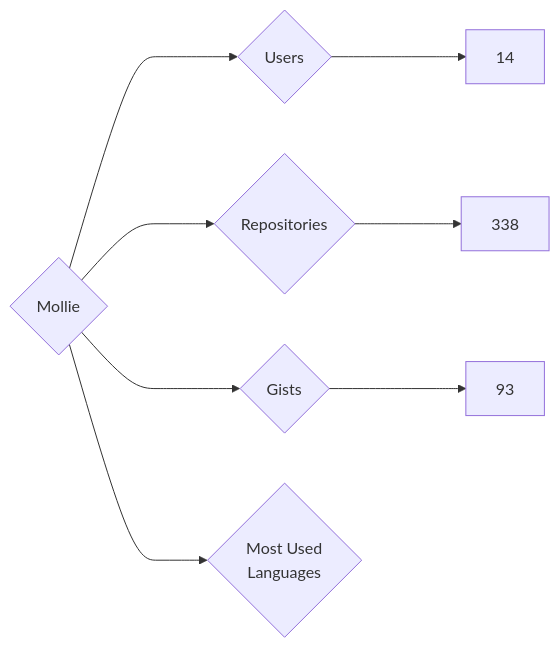
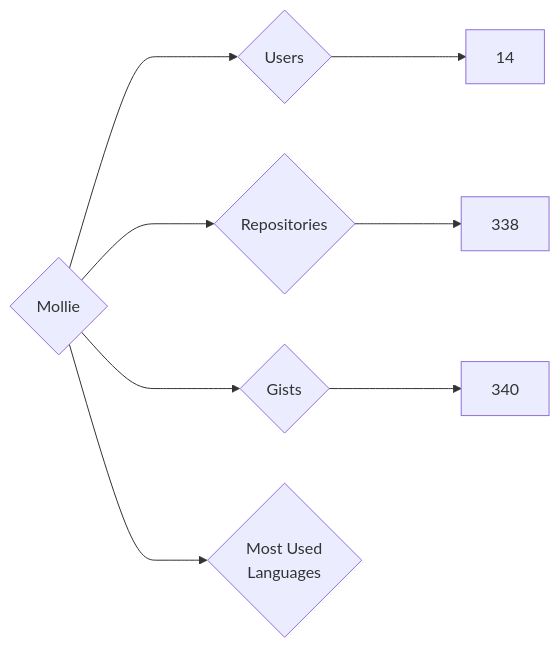
The diagram in targets/Mollie/README.md (nenadzaric/insiders), drawn with Mermaid before and after one commit. The commit also changed 1342 other files, not shown here.

````diff
--- a/targets/Mollie/README.md
+++ b/targets/Mollie/README.md
@@ -3,8 +3,8 @@
 ```mermaid
 graph LR
 COMPANY_NAME{Mollie}
 COMPANY_NAME ---> U{Users} ---> UN[14]
 COMPANY_NAME ---> R{Repositories} ---> RN[338]
-COMPANY_NAME ---> G{Gists} ---> GN[93]
+COMPANY_NAME ---> G{Gists} ---> GN[340]
 COMPANY_NAME ---> ML{Most Used<br>Languages}
 ```
````
